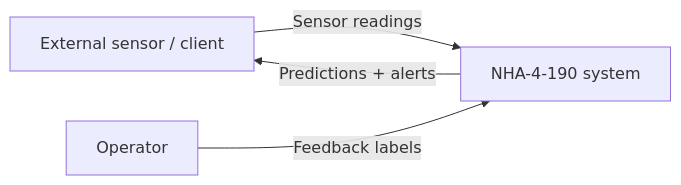
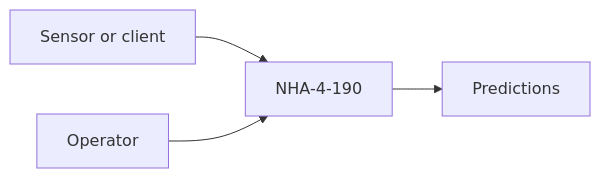
Before and after one commit to nhahub/NHA-4-190: the seventh of 9 diagrams in docs/03_system_design.md, drawn with Mermaid. The commit also changed other lines of this file and 8 other files, not shown here.

````diff
--- a/docs/03_system_design.md
+++ b/docs/03_system_design.md
@@ -137,6 +134,6 @@
 ```mermaid
 flowchart LR
-  Ext[External sensor / client] -->|Sensor readings| SYS[NHA-4-190 system]
-  SYS -->|Predictions + alerts| Ext
-  Ops2[Operator] -->|Feedback labels| SYS
+  Src[Sensor or client] --> Sys[NHA-4-190]
+  Sys --> Out[Predictions]
+  Op[Operator] --> Sys
 ```
````
